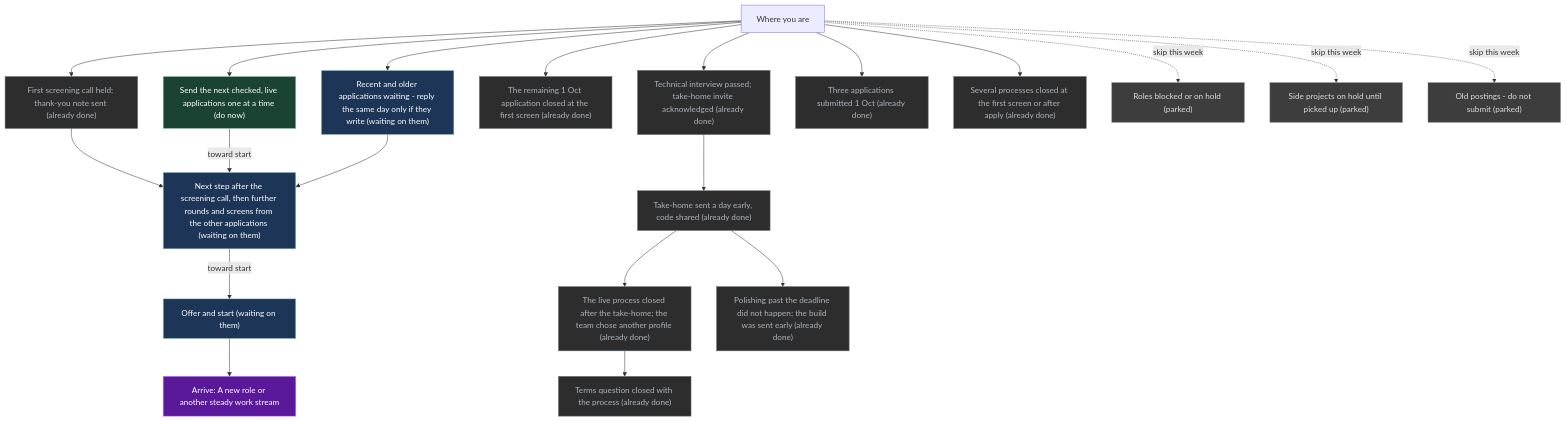
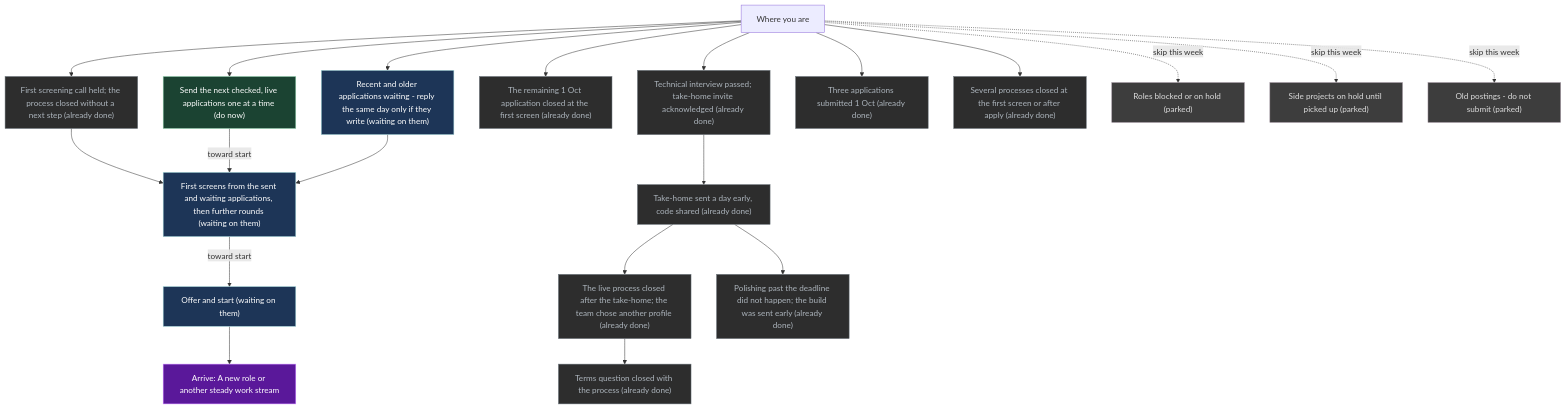
The diagram in UI/Mission.md (p10ns11y/life-os), drawn with Mermaid before and after one commit. The commit also changed other lines of this file, not shown here.

````diff
--- a/UI/Mission.md
+++ b/UI/Mission.md
@@ -71,50 +70,50 @@
 ```mermaid
 flowchart TB
   x["Where you are"]
   G["Arrive: A new role or another steady work stream"]
-  S9["First screening call held; thank-you note sent (already done)"]
+  S9["First screening call held; the process closed without a next step (already done)"]
   S0["Technical interview passed; take-home invite acknowledged (already done)"]
   S4["Take-home sent a day early, code shared (already done)"]
   S4b["The live process closed after the take-home; the team chose another profile (already done)"]
   S7["Send the next checked, live applications one at a time (do now)"]
-  S8["Next step after the screening call, then further rounds and screens from the other applications (waiting on them)"]
+  S8["First screens from the sent and waiting applications, then further rounds (waiting on them)"]
   S5["Offer and start (waiting on them)"]
   S6["The remaining 1 Oct application closed at the first screen (already done)"]
   S1["Recent and older applications waiting - reply the same day only if they write (waiting on them)"]
   R1["Terms question closed with the process (already done)"]
   R2["Polishing past the deadline did not happen; the build was sent early (already done)"]
   S3["Three applications submitted 1 Oct (already done)"]
   D1["Several processes closed at the first screen or after apply (already done)"]
   P1["Roles blocked or on hold (parked)"]
   P2["Side projects on hold until picked up (parked)"]
   P3["Old postings - do not submit (parked)"]
   x --> S9
   x --> S0
   S0 --> S4
   S4 --> S4b
   x --> S7
   S9 --> S8
   S7 -->|"toward start"| S8
   S1 --> S8
   S8 -->|"toward start"| S5
   x --> S6
   x --> S1
   S4b --> R1
   S4 --> R2
   x --> S3
   x --> D1
   x -.->|"skip this week"| P1
   x -.->|"skip this week"| P2
   x -.->|"skip this week"| P3
   S5 --> G
   classDef do fill:#1b4332,stroke:#95d5b2,color:#fff
   classDef wait fill:#1d3557,stroke:#a8dadc,color:#fff
   classDef park fill:#3d3d3d,stroke:#9a8c98,color:#ddd
   classDef done fill:#2d2d2d,stroke:#6c757d,color:#adb5bd
   classDef goal fill:#5a189a,stroke:#c77dff,color:#fff
   class G goal
   class S7 do
   class S8,S5,S1 wait
   class P1,P2,P3 park
   class S9,S0,S4,S4b,S6,R1,R2,S3,D1 done
 ```
````
